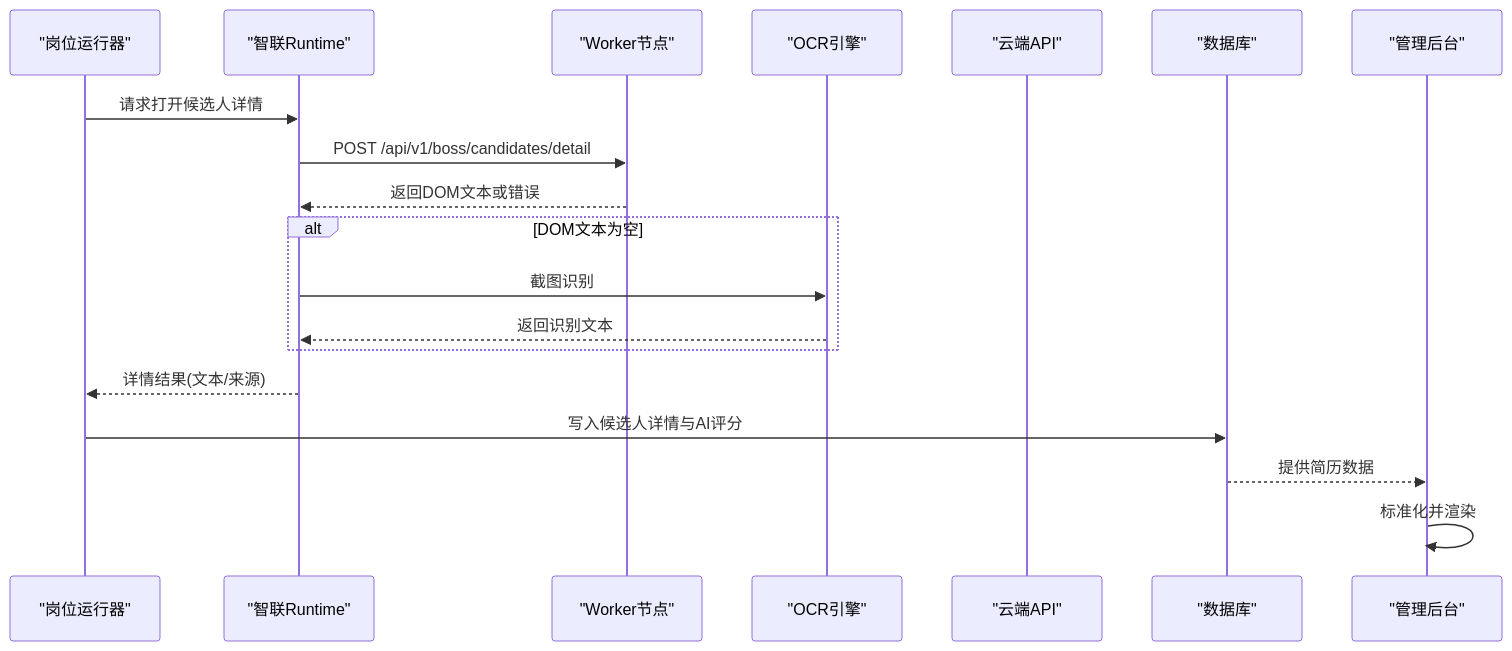
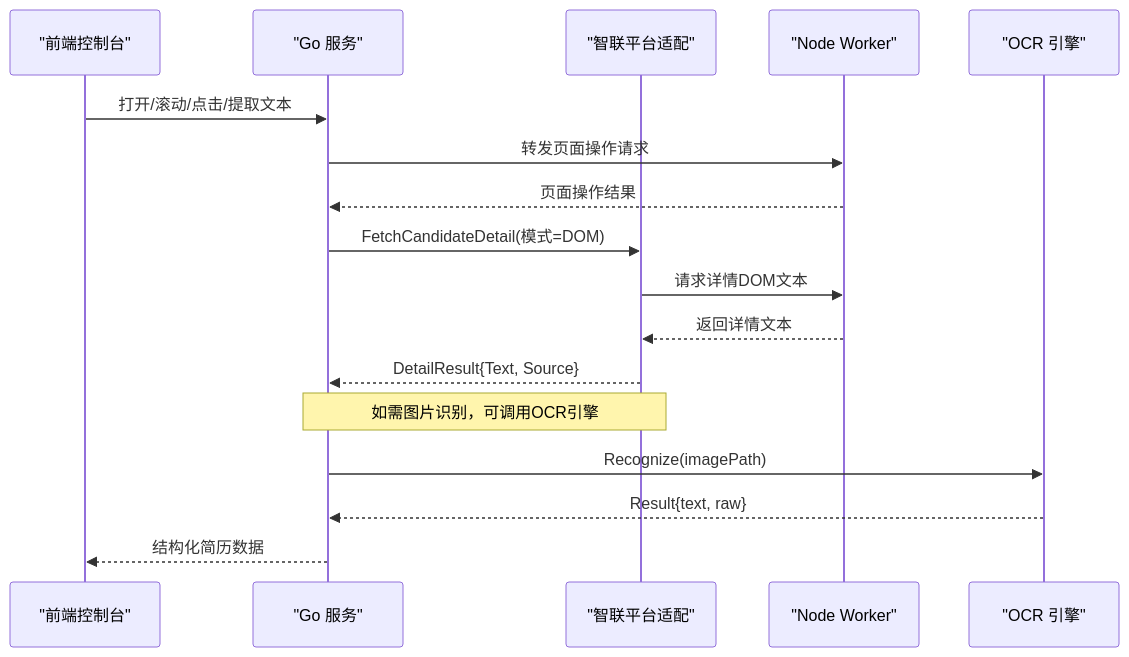
One commit to alvinwangzi/goodhr changed the second of 6 diagrams in .qoder/repowiki/zh/content/本地执行器/平台适配器/前程无忧适配器/简历详情.md. Above: the diagram before and after it, drawn with Mermaid. The commit also changed other lines of this file and 149 other files, not shown here.

````diff
--- a/.qoder/repowiki/zh/content/本地执行器/平台适配器/前程无忧适配器/简历详情.md
+++ b/.qoder/repowiki/zh/content/本地执行器/平台适配器/前程无忧适配器/简历详情.md
@@ -113,21 +94,19 @@
 ```mermaid
 sequenceDiagram
-participant Runner as "岗位运行器"
-participant ZR as "智联Runtime"
-participant WN as "Worker节点"
-participant OCR as "OCR引擎"
-participant API as "云端API"
-participant DB as "数据库"
-participant UI as "管理后台"
-Runner->>ZR : 请求打开候选人详情
-ZR->>WN : POST /api/v1/boss/candidates/detail
-WN-->>ZR : 返回DOM文本或错误
-alt DOM文本为空
-ZR->>OCR : 截图识别
-OCR-->>ZR : 返回识别文本
-end
-ZR-->>Runner : 详情结果(文本/来源)
-Runner->>DB : 写入候选人详情与AI评分
-DB-->>UI : 提供简历数据
-UI->>UI : 标准化并渲染
+participant FE as "前端控制台"
+participant GO as "Go 服务"
+participant ZP as "智联平台适配"
+participant WK as "Node Worker"
+participant OCR as "OCR 引擎"
+FE->>GO : 打开/滚动/点击/提取文本
+GO->>WK : 转发页面操作请求
+WK-->>GO : 页面操作结果
+GO->>ZP : FetchCandidateDetail(模式=DOM)
+ZP->>WK : 请求详情DOM文本
+WK-->>ZP : 返回详情文本
+ZP-->>GO : DetailResult{Text, Source}
+Note over ZP,GO : 如需图片识别，可调用OCR引擎
+GO->>OCR : Recognize(imagePath)
+OCR-->>GO : Result{text, raw}
+GO-->>FE : 结构化简历数据
 ```
````
